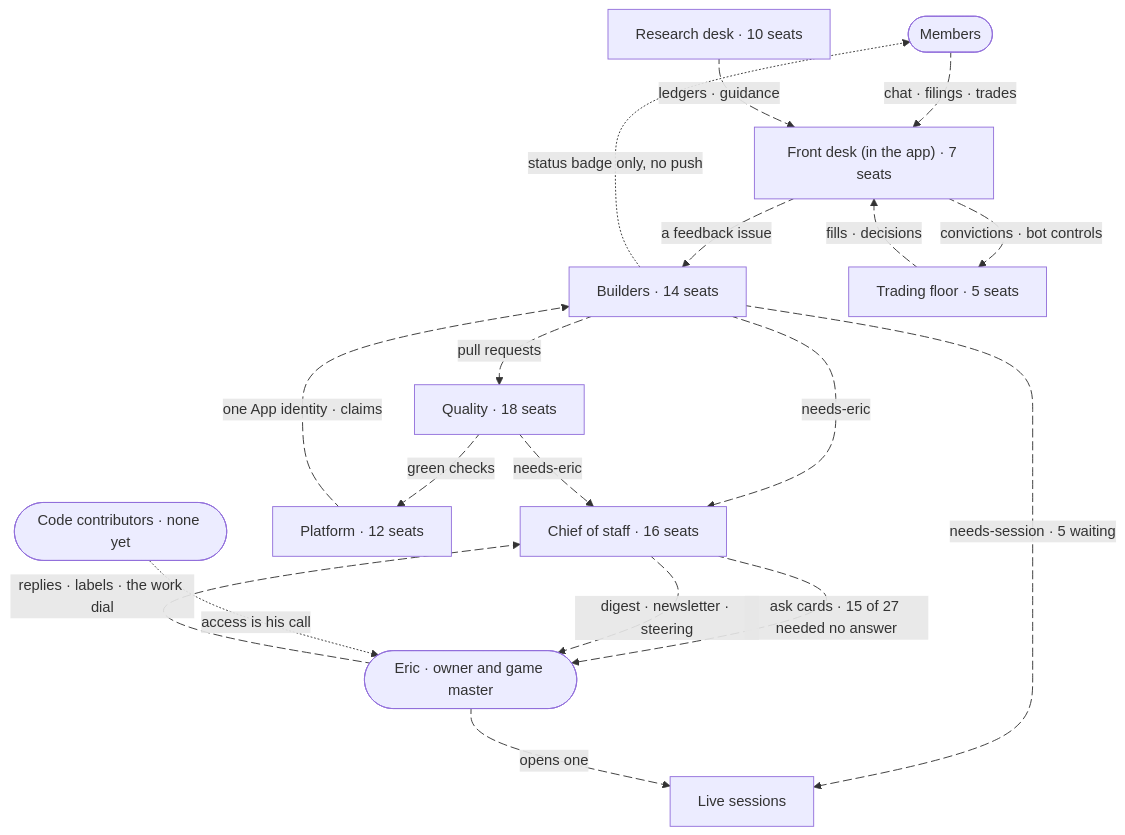
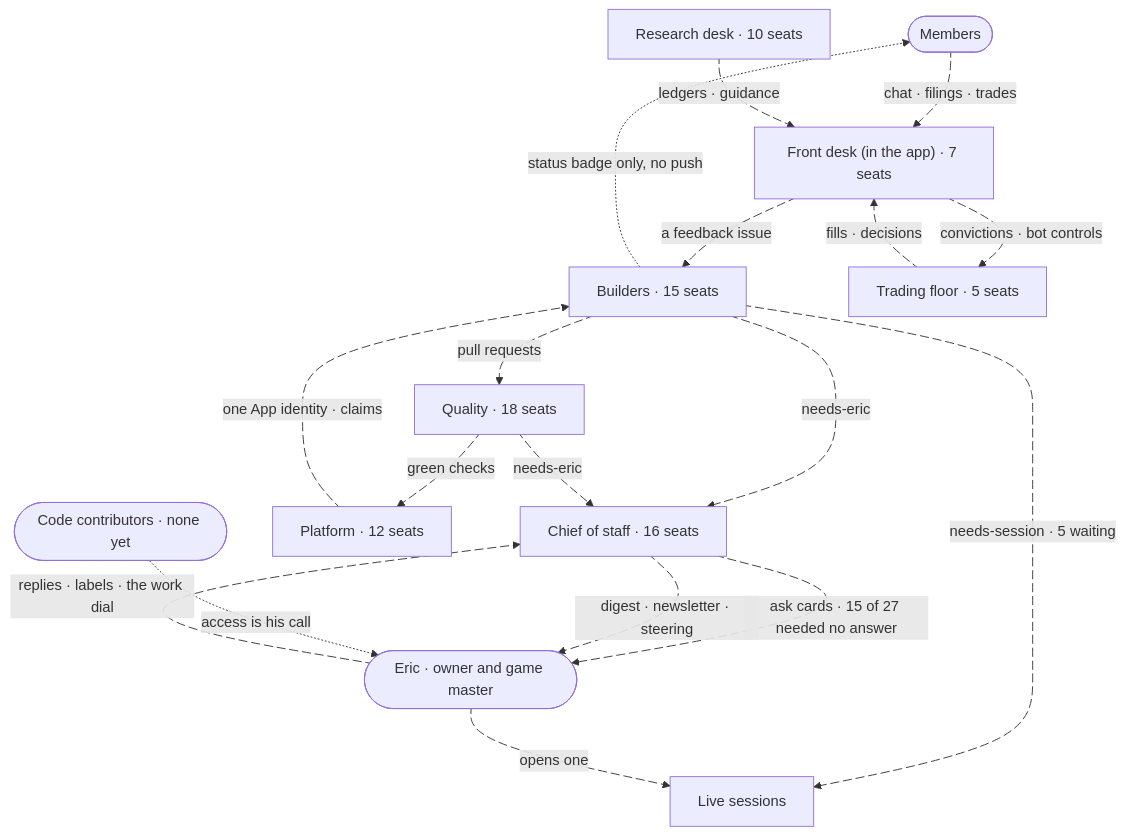
The diagram in docs/architecture/org-chart.md (ejclark/skynet-capital), drawn with Mermaid before and after one commit. The commit also changed other lines of this file and 9 other files, not shown here.

````diff
--- a/docs/architecture/org-chart.md
+++ b/docs/architecture/org-chart.md
@@ -13,46 +13,46 @@
 ```mermaid
 flowchart TD
   members(["Members"])
   front_desk["Front desk (in the app) · 7 seats"]
-  build["Builders · 14 seats"]
+  build["Builders · 15 seats"]
   staff["Chief of staff · 16 seats"]
   quality["Quality · 18 seats"]
   owner(["Eric · owner and game master"])
   live_sessions["Live sessions"]
   platform["Platform · 12 seats"]
   research["Research desk · 10 seats"]
   trading["Trading floor · 5 seats"]
   contributors(["Code contributors · none yet"])
   members e0@-->|"chat · filings · trades"| front_desk
   front_desk e1@-->|"a feedback issue"| build
   build -.->|"status badge only, no push"| members
   build e3@-->|"needs-eric"| staff
   quality e4@-->|"needs-eric"| staff
   staff e5@-->|"ask cards · 15 of 27 needed no answer"| owner
   staff e6@-->|"digest · newsletter · steering"| owner
   owner e7@-->|"replies · labels · the work dial"| staff
   build e8@-->|"needs-session · 5 waiting"| live_sessions
   owner e9@-->|"opens one"| live_sessions
   build e10@-->|"pull requests"| quality
   quality e11@-->|"green checks"| platform
   platform e12@-->|"one App identity · claims"| build
   research e13@-->|"ledgers · guidance"| front_desk
   trading e14@-->|"fills · decisions"| front_desk
   front_desk e15@-->|"convictions · bot controls"| trading
   contributors -.->|"access is his call"| owner
   e0@{ animate: true }
   e1@{ animate: true }
   e3@{ animate: true }
   e4@{ animate: true }
   e5@{ animate: true }
   e6@{ animate: true }
   e7@{ animate: true }
   e8@{ animate: true }
   e9@{ animate: true }
   e10@{ animate: true }
   e11@{ animate: true }
   e12@{ animate: true }
   e13@{ animate: true }
   e14@{ animate: true }
   e15@{ animate: true }
 ```
````
